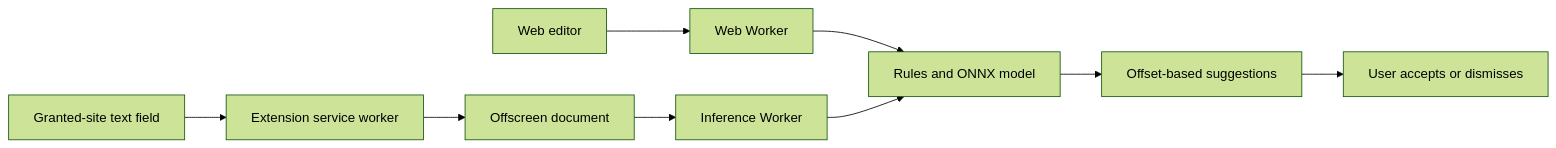
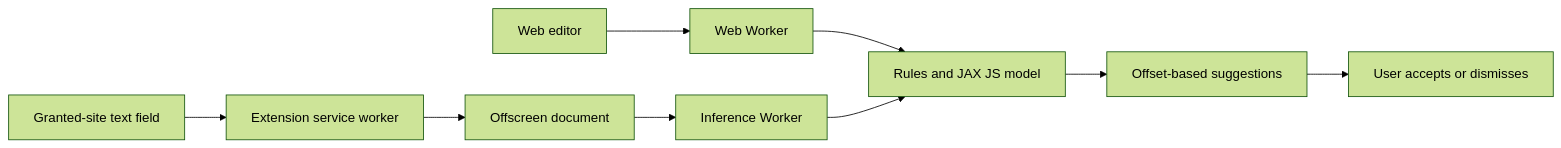
Before and after one commit to thapecroth/gamma_eh: the diagram in docs/research-and-architecture.md, drawn with Mermaid (forest theme). The commit also changed other lines of this file and 33 other files, not shown here.

````diff
--- a/docs/research-and-architecture.md
+++ b/docs/research-and-architecture.md
@@ -46,11 +46,11 @@
 ```mermaid
 flowchart LR
   E[Web editor] --> W[Web Worker]
   C[Granted-site text field] --> B[Extension service worker]
   B --> O[Offscreen document]
   O --> I[Inference Worker]
-  W --> R[Rules and ONNX model]
+  W --> R[Rules and JAX JS model]
   I --> R
   R --> S[Offset-based suggestions]
   S --> A[User accepts or dismisses]
 ```
````
